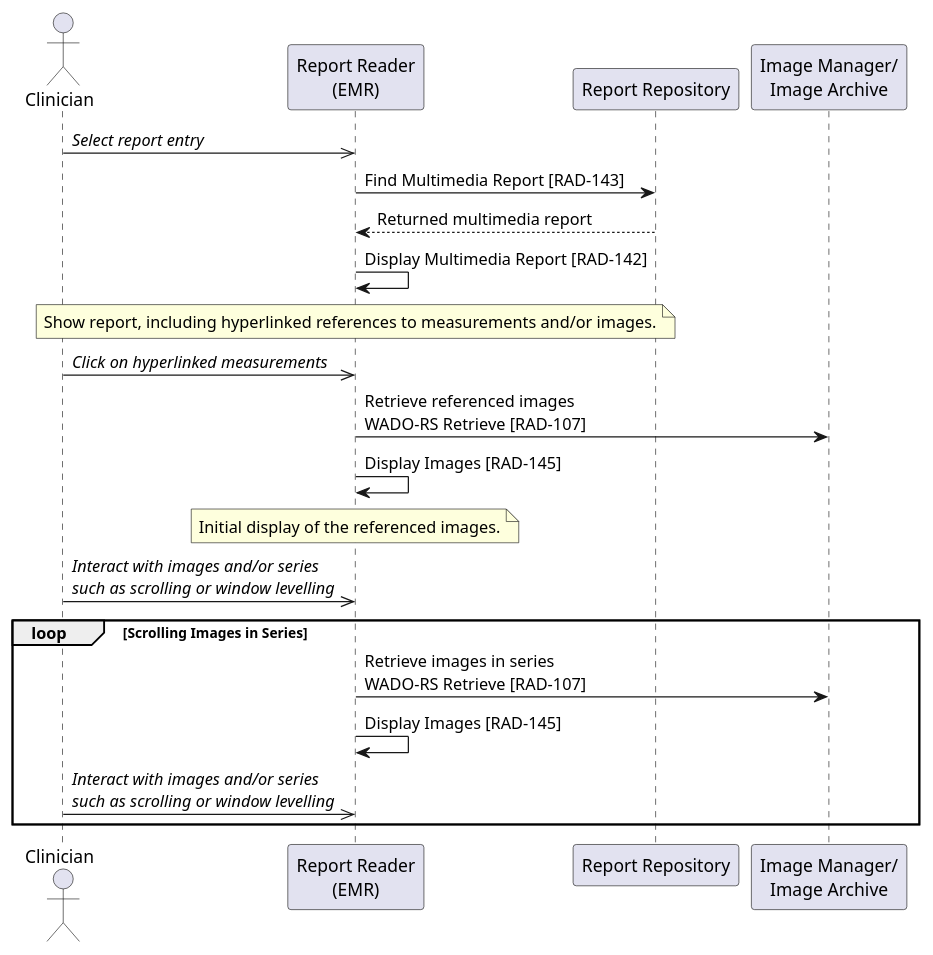
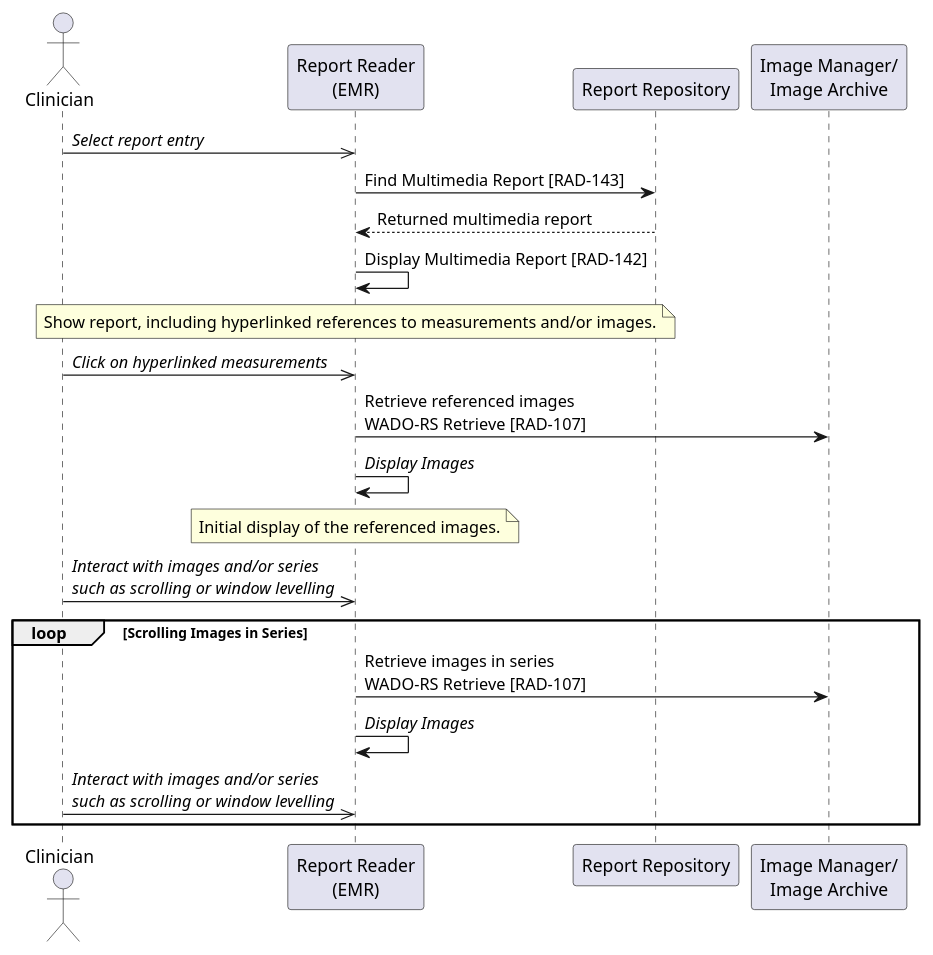
Before and after one commit to IHE/RAD.IMR: the diagram in input/images-source/uc2-presenting-interactive-report-standalone.plantuml, drawn with PlantUML. The commit also changed 4 other files, not shown here.

Commit message:
#28 Remove reference to RAD-145 for Display Image.

```diff
--- a/input/images-source/uc2-presenting-interactive-report-standalone.plantuml
+++ b/input/images-source/uc2-presenting-interactive-report-standalone.plantuml
@@ -1,36 +1,36 @@
 @startuml
 
 actor Clinician as Clinician
 
 participant "Report Reader\n(EMR)" as Reader
 participant "Report Repository" as Repo
 
 participant "Image Manager/\nImage Archive" as Archive
 
 Clinician->>Reader: //Select report entry//
 
 Reader->Repo: Find Multimedia Report [RAD-143]
 Repo-->Reader: Returned multimedia report
 Reader->Reader: Display Multimedia Report [RAD-142]
 note over Reader
 Show report, including hyperlinked references to measurements and/or images.
 end note
 
 Clinician->>Reader: //Click on hyperlinked measurements//
 
 Reader->Archive: Retrieve referenced images\nWADO-RS Retrieve [RAD-107]
-Reader->Reader: Display Images [RAD-145]
+Reader->Reader: //Display Images//
 note over Reader
 Initial display of the referenced images.
 end note
 
 Clinician->>Reader: //Interact with images and/or series//\n//such as scrolling or window levelling//
 
 loop Scrolling Images in Series
 Reader->Archive: Retrieve images in series\nWADO-RS Retrieve [RAD-107]
-Reader->Reader: Display Images [RAD-145]
+Reader->Reader: //Display Images//
 
 Clinician->>Reader: //Interact with images and/or series//\n//such as scrolling or window levelling//
 end loop
 
 @enduml
```
